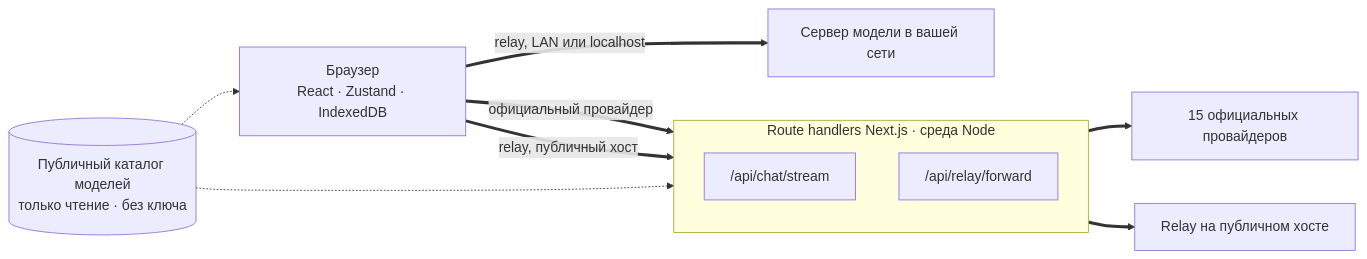
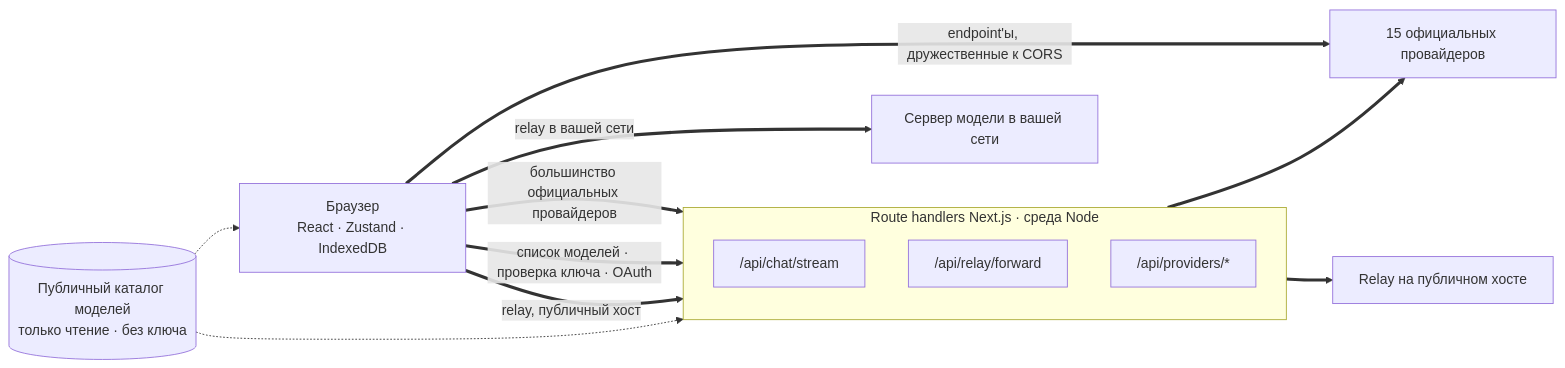
Before and after one commit to oriveo/oriveo: the first of 2 diagrams in readme_i18n/ru/web.md, drawn with Mermaid. The commit also changed other lines of this file and 62 other files, not shown here.

````diff
--- a/readme_i18n/ru/web.md
+++ b/readme_i18n/ru/web.md
@@ -61,21 +61,24 @@
 ```mermaid
 flowchart LR
     browser["Браузер<br/>React · Zustand · IndexedDB"]
 
     subgraph server ["Route handlers Next.js · среда Node"]
         direction TB
         chat["/api/chat/stream"]
         fwd["/api/relay/forward"]
+        prov["/api/providers/*"]
     end
 
     official["15 официальных провайдеров"]
     pubrelay["Relay на публичном хосте"]
     lan["Сервер модели в вашей сети"]
     catalog[("Публичный каталог моделей<br/>только чтение · без ключа")]
 
-    browser ==>|"официальный провайдер"| chat ==> official
+    browser ==>|"большинство официальных провайдеров"| chat ==> official
+    browser ==>|"список моделей · проверка ключа · OAuth"| prov
     browser ==>|"relay, публичный хост"| fwd ==> pubrelay
-    browser ==>|"relay, LAN или localhost"| lan
+    browser ==>|"relay в вашей сети"| lan
+    browser ==>|"endpoint'ы, дружественные к CORS"| official
     catalog -.-> browser
     catalog -.-> chat
 ```
````
